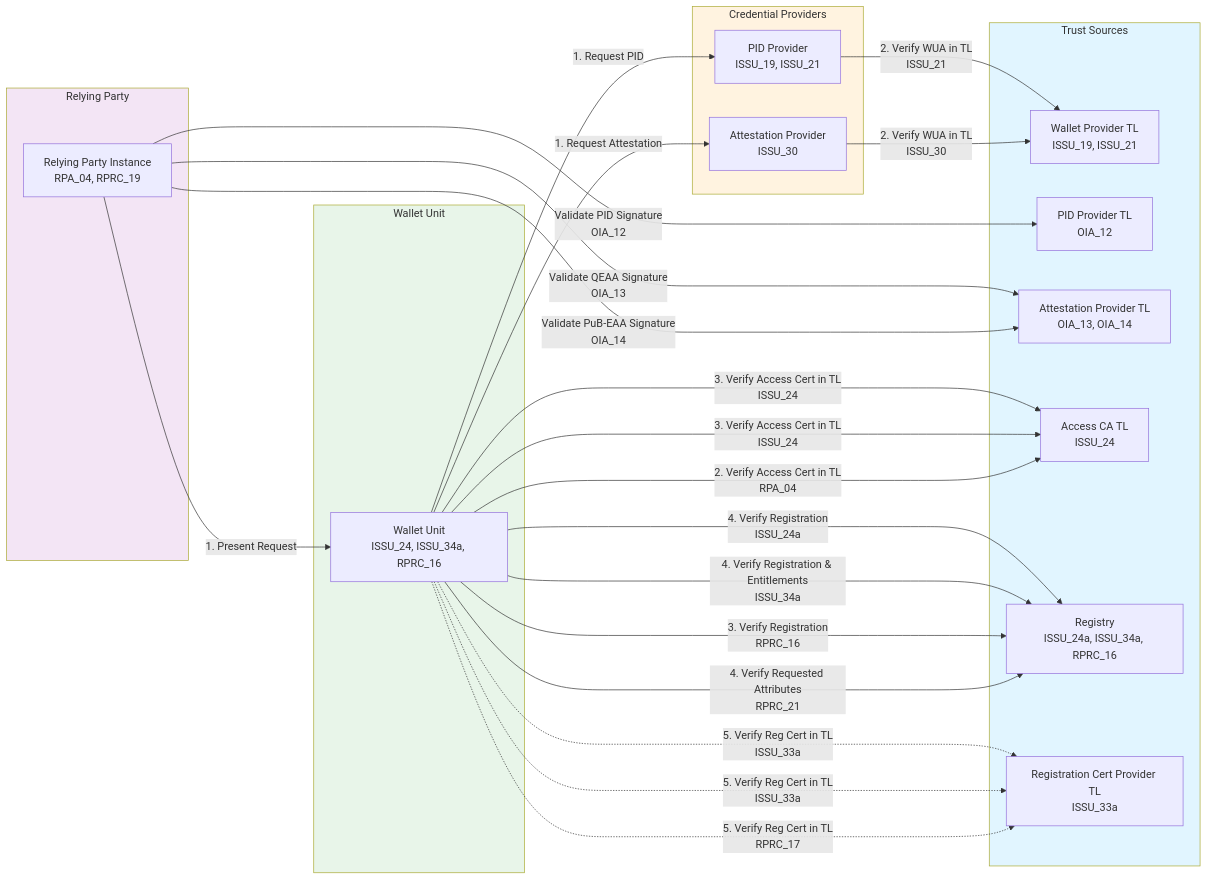
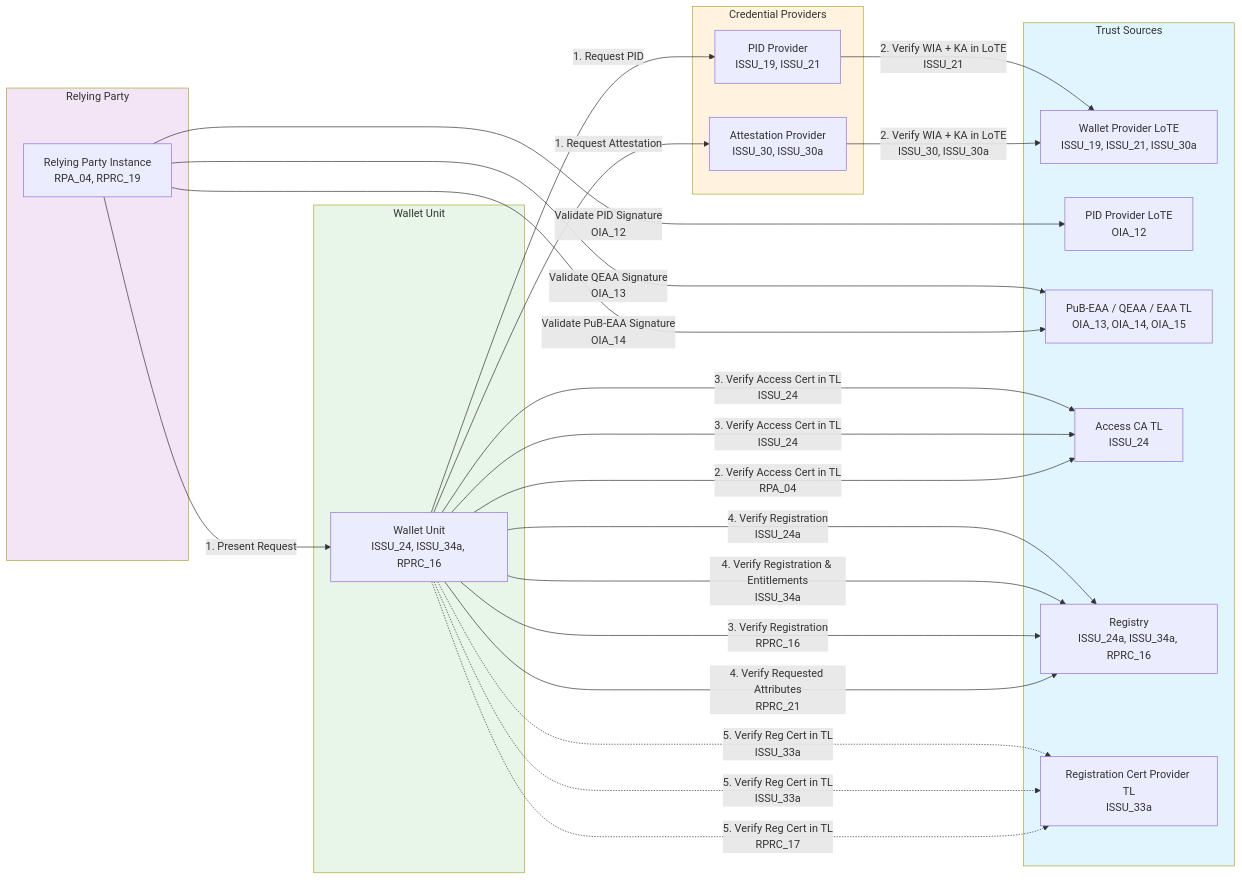
The seventh of 7 diagrams in task2-trust-framework/trust-infrastructure-schema.md (webuild-consortium/wp4-trust-group), drawn with Mermaid before and after one commit. The commit also changed other lines of this file and 20 other files, not shown here.

````diff
--- a/task2-trust-framework/trust-infrastructure-schema.md
+++ b/task2-trust-framework/trust-infrastructure-schema.md
@@ -733,55 +735,55 @@
 ```mermaid
 graph LR
     subgraph WalletUnit["Wallet Unit"]
         WU[Wallet Unit<br/>ISSU_24, ISSU_34a, RPRC_16]
     end
 
     subgraph Providers["Credential Providers"]
         PIDProv[PID Provider<br/>ISSU_19, ISSU_21]
-        AttProv[Attestation Provider<br/>ISSU_30]
+        AttProv[Attestation Provider<br/>ISSU_30, ISSU_30a]
     end
 
     subgraph RP["Relying Party"]
         RPInst[Relying Party Instance<br/>RPA_04, RPRC_19]
     end
 
     subgraph TrustSources["Trust Sources"]
-        WPTL[Wallet Provider TL<br/>ISSU_19, ISSU_21]
-        PIDTL[PID Provider TL<br/>OIA_12]
-        APTL[Attestation Provider TL<br/>OIA_13, OIA_14]
+        WPTL[Wallet Provider LoTE<br/>ISSU_19, ISSU_21, ISSU_30a]
+        PIDTL[PID Provider LoTE<br/>OIA_12]
+        APTL[PuB-EAA / QEAA / EAA TL<br/>OIA_13, OIA_14, OIA_15]
         ACATL[Access CA TL<br/>ISSU_24]
         Registry[Registry<br/>ISSU_24a, ISSU_34a, RPRC_16]
         RegCertTL[Registration Cert Provider TL<br/>ISSU_33a]
     end
 
     %% PID Issuance Trust Evaluation
     WU -->|1. Request PID| PIDProv
-    PIDProv -->|2. Verify WUA in TL<br/>ISSU_21| WPTL
+    PIDProv -->|2. Verify WIA + KA in LoTE<br/>ISSU_21| WPTL
     WU -->|3. Verify Access Cert in TL<br/>ISSU_24| ACATL
     WU -->|4. Verify Registration<br/>ISSU_24a| Registry
     WU -.->|5. Verify Reg Cert in TL<br/>ISSU_33a| RegCertTL
 
     %% Attestation Issuance Trust Evaluation
     WU -->|1. Request Attestation| AttProv
-    AttProv -->|2. Verify WUA in TL<br/>ISSU_30| WPTL
+    AttProv -->|2. Verify WIA + KA in LoTE<br/>ISSU_30, ISSU_30a| WPTL
     WU -->|3. Verify Access Cert in TL<br/>ISSU_24| ACATL
     WU -->|4. Verify Registration & Entitlements<br/>ISSU_34a| Registry
     WU -.->|5. Verify Reg Cert in TL<br/>ISSU_33a| RegCertTL
 
     %% Presentation Trust Evaluation
     RPInst -->|1. Present Request| WU
     WU -->|2. Verify Access Cert in TL<br/>RPA_04| ACATL
     WU -->|3. Verify Registration<br/>RPRC_16| Registry
     WU -->|4. Verify Requested Attributes<br/>RPRC_21| Registry
     WU -.->|5. Verify Reg Cert in TL<br/>RPRC_17| RegCertTL
 
     %% RP Validation
     RPInst -->|Validate PID Signature<br/>OIA_12| PIDTL
     RPInst -->|Validate QEAA Signature<br/>OIA_13| APTL
     RPInst -->|Validate PuB-EAA Signature<br/>OIA_14| APTL
 
     style WalletUnit fill:#e8f5e9
     style Providers fill:#fff3e0
     style RP fill:#f3e5f5
     style TrustSources fill:#e1f5ff
 ```
````
